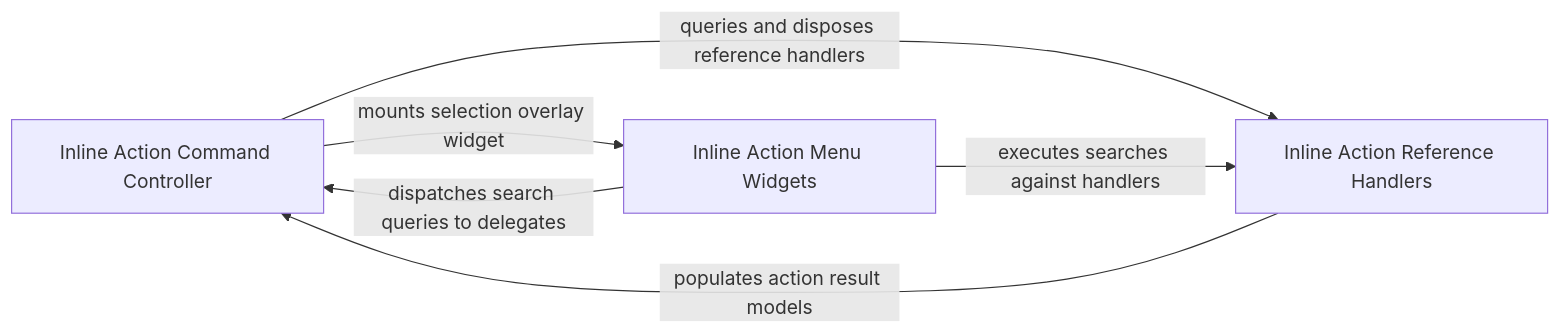
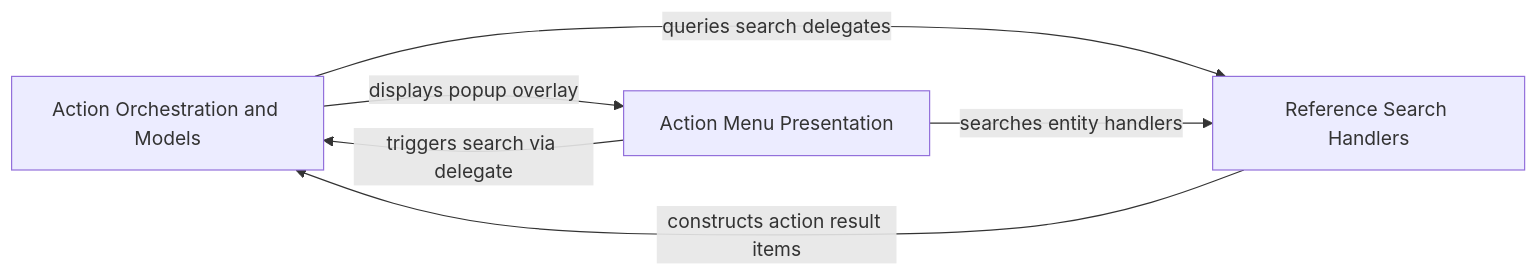
One commit to CodeBoarding/AppFlowy changed the diagram in .codeboarding/Inline_Actions_and_Mentions.md. Above: the diagram before and after it, drawn with Mermaid. The commit also changed other lines of this file and 44 other files, not shown here.

First line of the commit message:
docs: regenerate Dart-only AppFlowy architecture with CodeBoarding#618 head 1caf6c32

````diff
--- a/.codeboarding/Inline_Actions_and_Mentions.md
+++ b/.codeboarding/Inline_Actions_and_Mentions.md
@@ -1,11 +1,11 @@
 ```mermaid
 graph LR
-    Inline_Action_Command_Controller["Inline Action Command Controller"]
-    Inline_Action_Reference_Handlers["Inline Action Reference Handlers"]
-    Inline_Action_Menu_Widgets["Inline Action Menu Widgets"]
-    Inline_Action_Command_Controller -- "queries and disposes reference handlers" --> Inline_Action_Reference_Handlers
-    Inline_Action_Command_Controller -- "mounts selection overlay widget" --> Inline_Action_Menu_Widgets
-    Inline_Action_Reference_Handlers -- "populates action result models" --> Inline_Action_Command_Controller
-    Inline_Action_Menu_Widgets -- "dispatches search queries to delegates" --> Inline_Action_Command_Controller
-    Inline_Action_Menu_Widgets -- "executes searches against handlers" --> Inline_Action_Reference_Handlers
+    Action_Orchestration_and_Models["Action Orchestration and Models"]
+    Reference_Search_Handlers["Reference Search Handlers"]
+    Action_Menu_Presentation["Action Menu Presentation"]
+    Action_Orchestration_and_Models -- "queries search delegates" --> Reference_Search_Handlers
+    Action_Orchestration_and_Models -- "displays popup overlay" --> Action_Menu_Presentation
+    Reference_Search_Handlers -- "constructs action result items" --> Action_Orchestration_and_Models
+    Action_Menu_Presentation -- "triggers search via delegate" --> Action_Orchestration_and_Models
+    Action_Menu_Presentation -- "searches entity handlers" --> Reference_Search_Handlers
 ```
````
